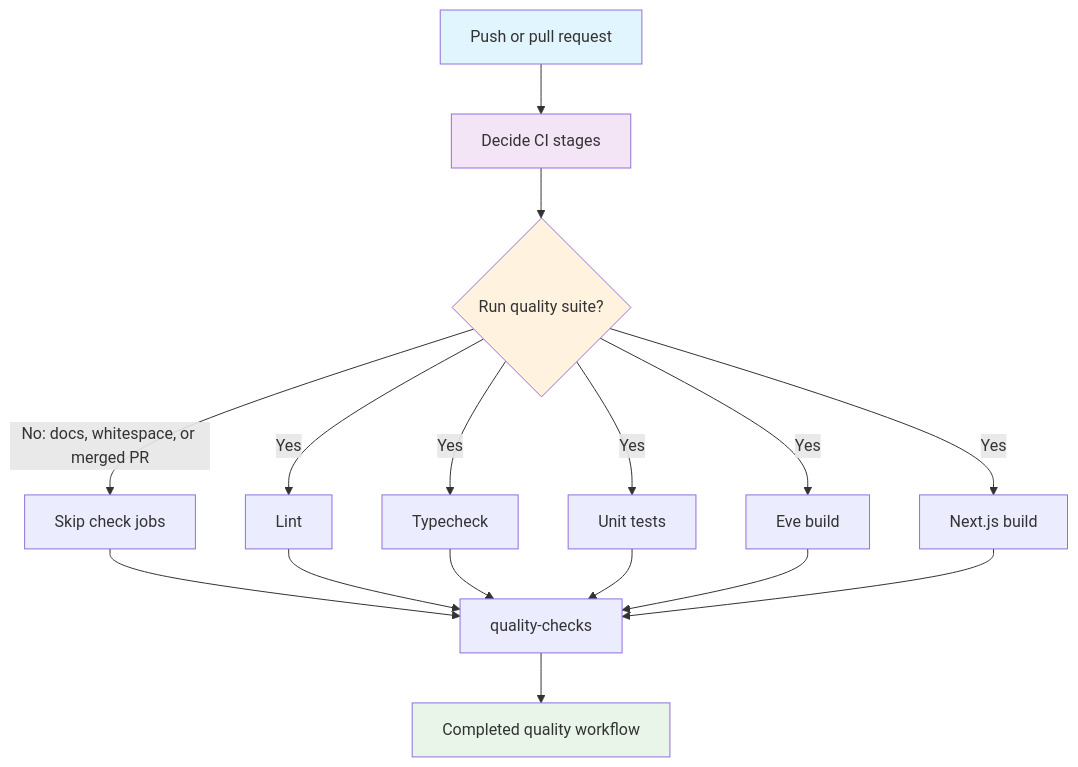
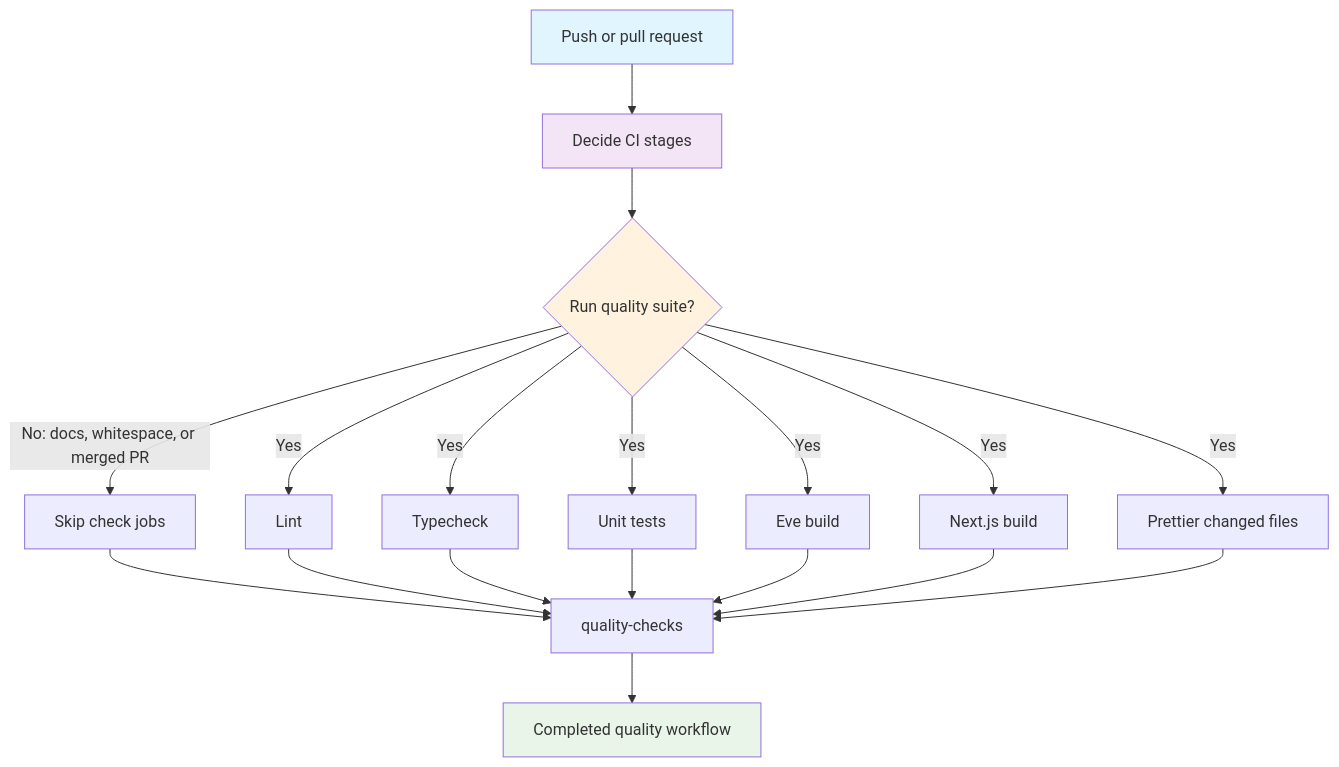
One commit to uprez-net/Royal-Construction changed the diagram in spec/spec-process-cicd-quality-checks.md. Above: the diagram before and after it, drawn with Mermaid. The commit also changed other lines of this file and 7 other files, not shown here.

````diff
--- a/spec/spec-process-cicd-quality-checks.md
+++ b/spec/spec-process-cicd-quality-checks.md
@@ -18,23 +18,25 @@
 ```mermaid
 graph TD
     A[Push or pull request] --> B[Decide CI stages]
     B --> C{Run quality suite?}
     C -->|No: docs, whitespace, or merged PR| D[Skip check jobs]
     C -->|Yes| E[Lint]
     C -->|Yes| F[Typecheck]
     C -->|Yes| G[Unit tests]
     C -->|Yes| H[Eve build]
     C -->|Yes| I[Next.js build]
+    C -->|Yes| L[Prettier changed files]
     D --> J[quality-checks]
     E --> J
     F --> J
     G --> J
     H --> J
     I --> J
+    L --> J
     J --> K[Completed quality workflow]
 
     style A fill:#e1f5fe
     style B fill:#f3e5f5
     style C fill:#fff3e0
     style K fill:#e8f5e8
 ```
````
